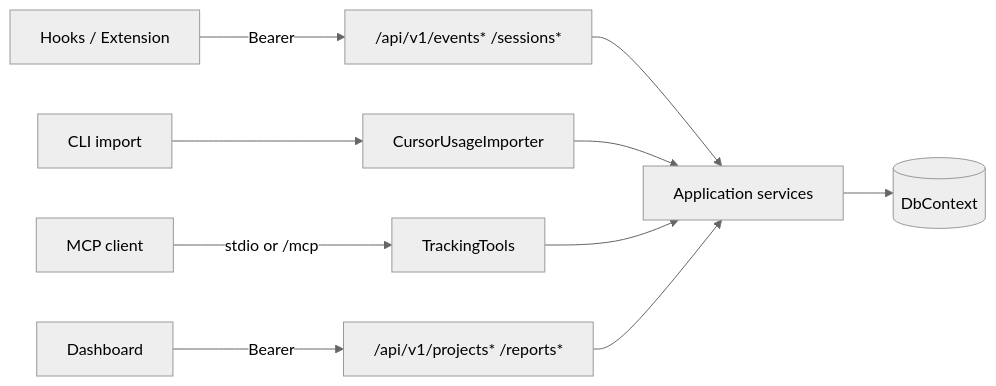
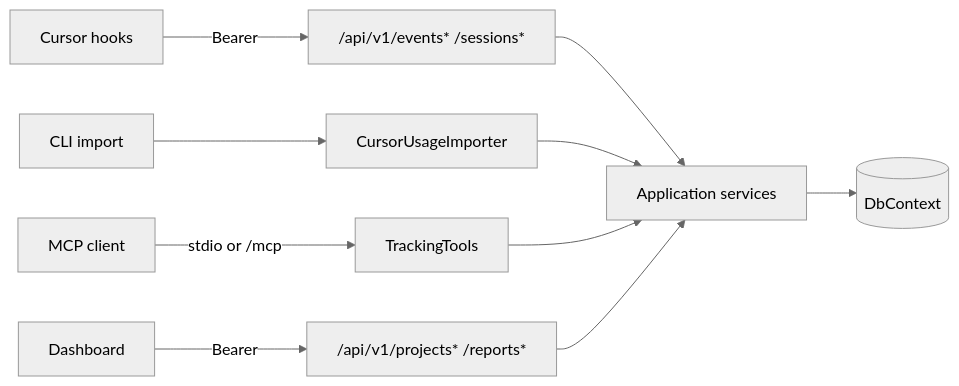
Before and after one commit to mariogib/mcp-track-tokens: the diagram in docs/architecture.md, drawn with Mermaid (neutral theme). The commit also changed other lines of this file and 54 other files, not shown here.

First line of the commit message:
Remove the VS Code/Cursor editor extension and MSI install option.

````diff
--- a/docs/architecture.md
+++ b/docs/architecture.md
@@ -35,12 +34,12 @@
 ```mermaid
 flowchart LR
-  H[Hooks / Extension] -->|Bearer| E["/api/v1/events* /sessions*"]
+  H[Cursor hooks] -->|Bearer| E["/api/v1/events* /sessions*"]
   I[CLI import] --> Imp[CursorUsageImporter]
   M[MCP client] -->|stdio or /mcp| T[TrackingTools]
   UI[Dashboard] -->|Bearer| R["/api/v1/projects* /reports*"]
   E --> S[Application services]
   Imp --> S
   T --> S
   R --> S
   S --> DB[(DbContext)]
 ```
````
